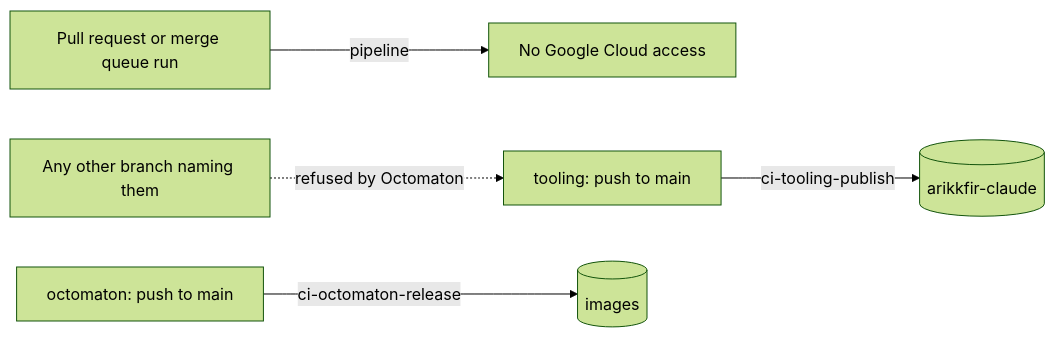
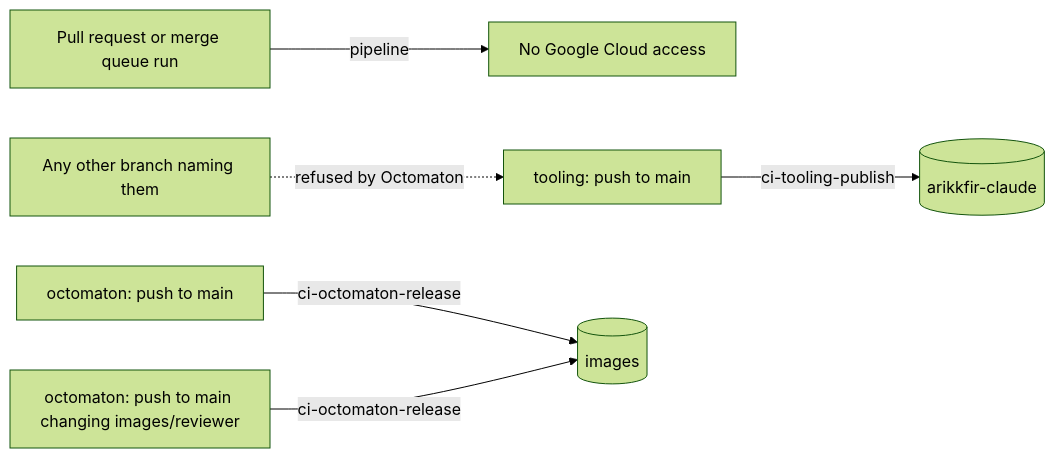
Before and after one commit to arikkfir-org/docs: the diagram in hub/designs/ci-service-accounts.md, drawn with Mermaid (forest theme). The commit also changed other lines of this file, not shown here.

First line of the commit message:
docs(ci-service-accounts): reviewer-image publishes as ci-octomaton-release

````diff
--- a/hub/designs/ci-service-accounts.md
+++ b/hub/designs/ci-service-accounts.md
@@ -21,7 +21,8 @@
 ```mermaid
 flowchart LR
   PR[Pull request or merge queue run] -->|pipeline| N[No Google Cloud access]
   T[tooling: push to main] -->|ci-tooling-publish| B[(arikkfir-claude)]
   O[octomaton: push to main] -->|ci-octomaton-release| R[(images)]
+  RI[octomaton: push to main changing images/reviewer] -->|ci-octomaton-release| R
   X[Any other branch naming them] -.->|refused by Octomaton| T
 ```
````
